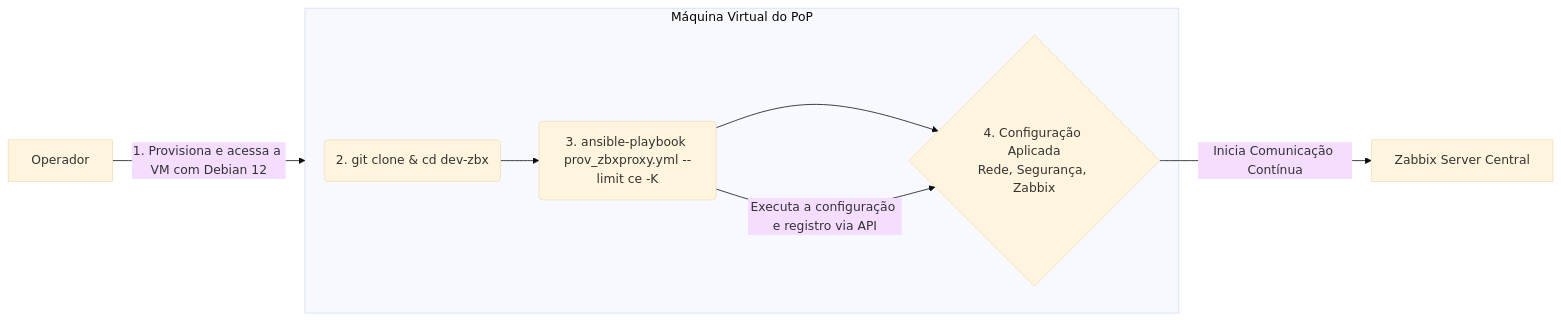
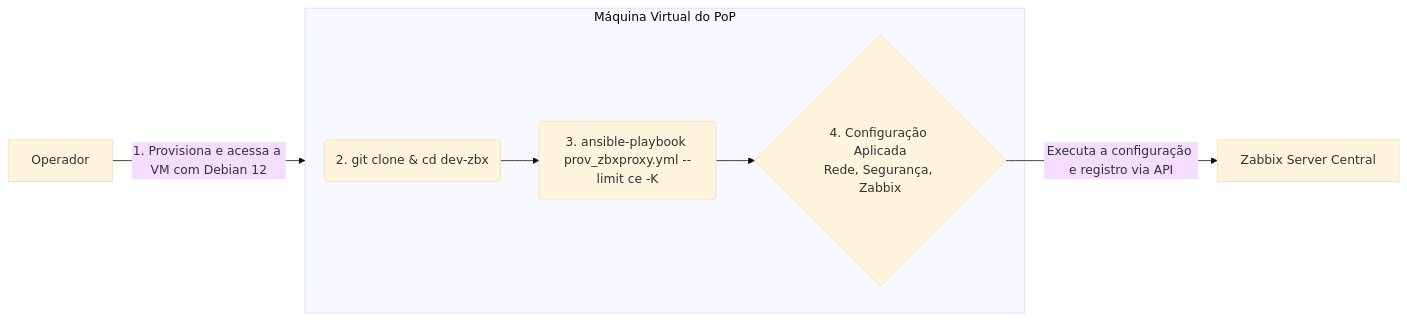
The diagram in test.md (felipeanj0s/Delta), drawn with Mermaid (base theme) before and after one commit.

````diff
--- a/test.md
+++ b/test.md
@@ -21,14 +21,14 @@
 ```mermaid
 graph LR;
     Operador -- "1. Provisiona e acessa a VM com Debian 12" --> HostDestino;
 
     subgraph HostDestino["Máquina Virtual do PoP"]
         A("2. git clone & cd dev-zbx");
         B("3. ansible-playbook prov_zbxproxy.yml --limit ce -K");
         C{"4. Configuração Aplicada<br>Rede, Segurança, Zabbix"};
         
         A --> B --> C;
     end
     
-    B -- "Executa a configuração e registro via API" --> C -- "Inicia Comunicação Contínua" --> ZabbixServer["Zabbix Server Central"];
+    C -- "Executa a configuração e registro via API" --> ZabbixServer["Zabbix Server Central"];
 ```
````
